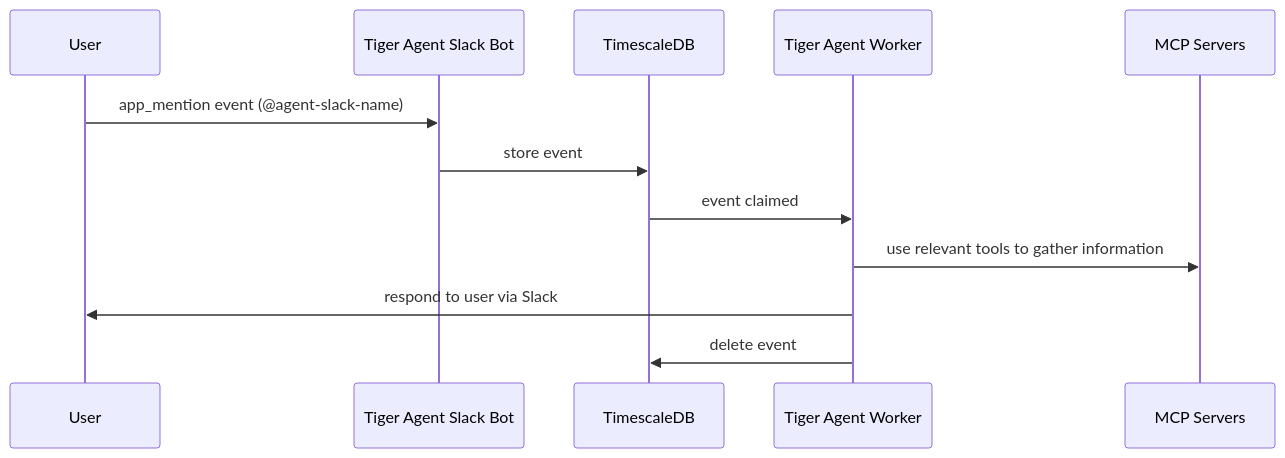
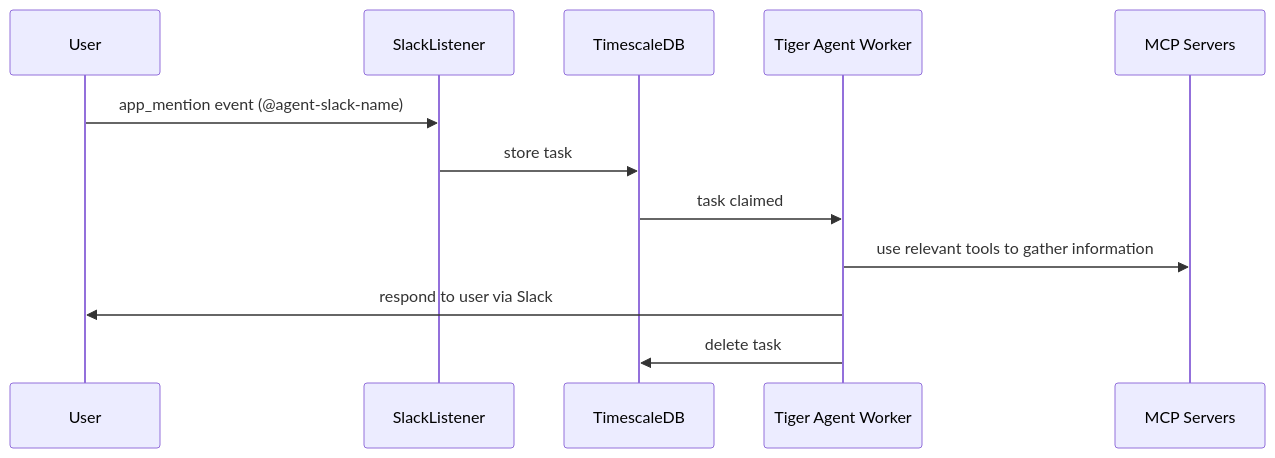
Before and after one commit to timescale/tiger-agents-for-work: the diagram in docs/event_harness.md, drawn with Mermaid. The commit also changed other lines of this file and 34 other files, not shown here.

````diff
--- a/docs/event_harness.md
+++ b/docs/event_harness.md
@@ -31,15 +33,15 @@
 ```mermaid
 sequenceDiagram
     participant U as User
-    participant TAB as Tiger Agent Slack Bot
+    participant SL as SlackListener
     participant TSDB as TimescaleDB
     participant TAW as Tiger Agent Worker
     participant MCP as MCP Servers
 
-    U->>TAB: app_mention event (@agent-slack-name)
-    TAB->>TSDB: store event
-    TSDB->>TAW: event claimed
+    U->>SL: app_mention event (@agent-slack-name)
+    SL->>TSDB: store task
+    TSDB->>TAW: task claimed
     TAW->>MCP: use relevant tools to gather information
     TAW->>U: respond to user via Slack
-    TAW->>TSDB: delete event
+    TAW->>TSDB: delete task
 ```
````
